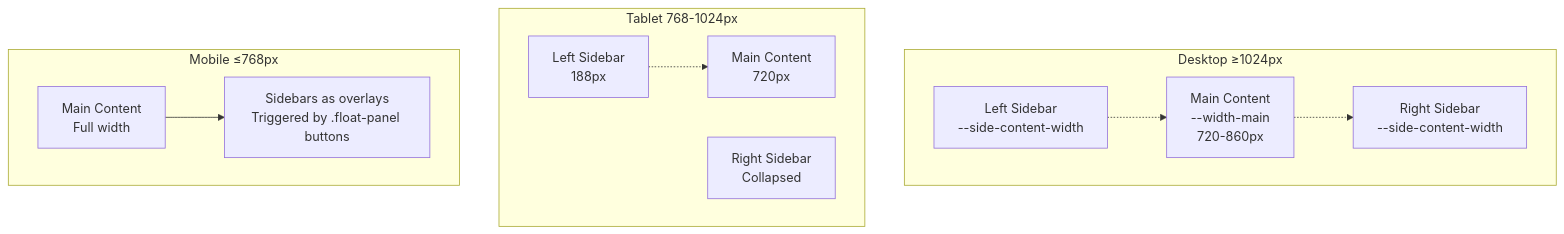
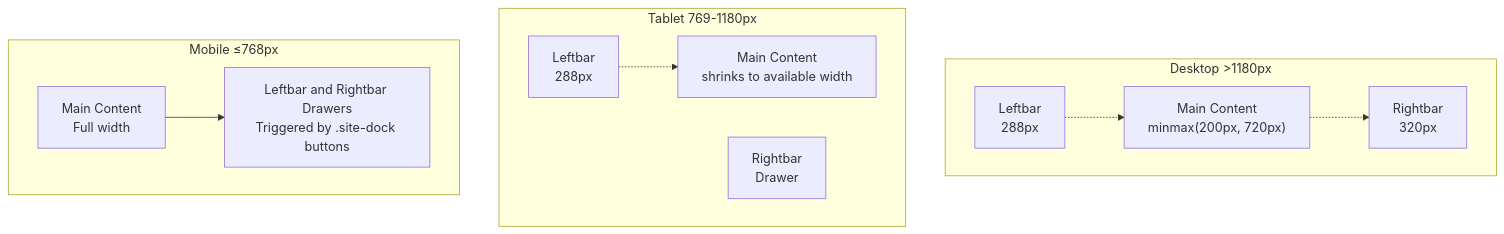
One commit to xaoxuu/hexo-theme-stellar changed the fourth of 5 diagrams in docs/knowledge/01-样式系统/responsive-design.md. Above: the diagram before and after it, drawn with Mermaid. The commit also changed other lines of this file and 287 other files, not shown here.

````diff
--- a/docs/knowledge/01-样式系统/responsive-design.md
+++ b/docs/knowledge/01-样式系统/responsive-design.md
@@ -251,23 +249,23 @@
 ```mermaid
 graph TB
-    subgraph "Desktop ≥1024px"
-        D1["Left Sidebar<br/>--side-content-width"] 
-        D2["Main Content<br/>--width-main<br/>720-860px"]
-        D3["Right Sidebar<br/>--side-content-width"]
+    subgraph "Desktop >1180px"
+        D1["Leftbar<br/>288px"]
+        D2["Main Content<br/>minmax(200px, 720px)"]
+        D3["Rightbar<br/>320px"]
         D1 -.-> D2
         D2 -.-> D3
     end
     
-    subgraph "Tablet 768-1024px"
-        T1["Left Sidebar<br/>188px"]
-        T2["Main Content<br/>720px"]
-        T3["Right Sidebar<br/>Collapsed"]
+    subgraph "Tablet 769-1180px"
+        T1["Leftbar<br/>288px"]
+        T2["Main Content<br/>shrinks to available width"]
+        T3["Rightbar<br/>Drawer"]
         T1 -.-> T2
     end
     
     subgraph "Mobile ≤768px"
         M1["Main Content<br/>Full width"]
-        M2["Sidebars as overlays<br/>Triggered by .float-panel buttons"]
+        M2["Leftbar and Rightbar Drawers<br/>Triggered by .site-dock buttons"]
         M1 --> M2
     end
 ```
````
